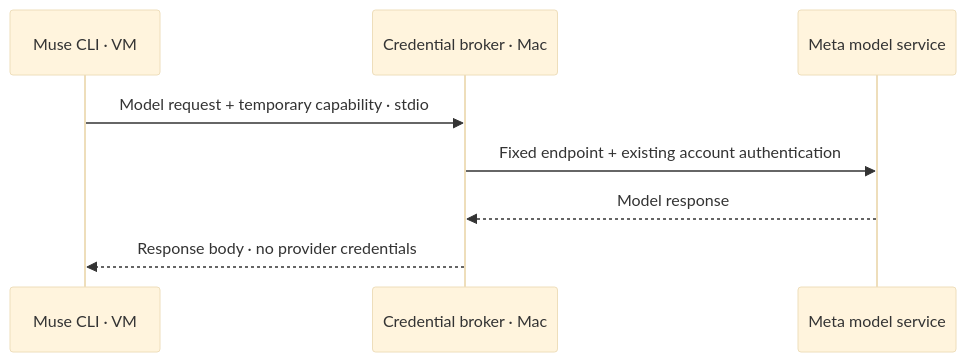
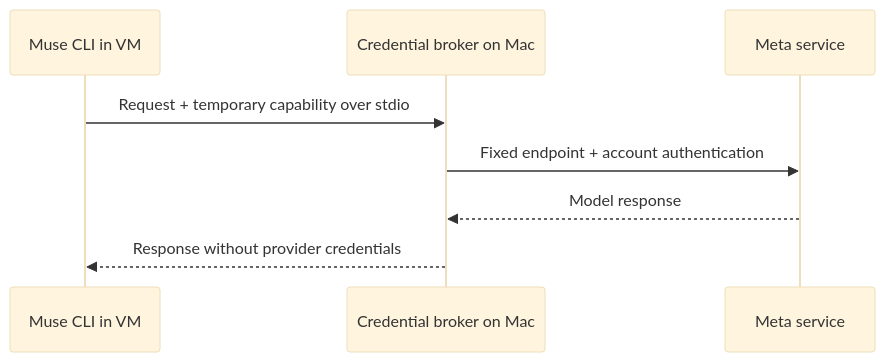
Before and after one commit to minimumeffort-dev/sprowt.harness: the second of 2 diagrams in docs/workers.md, drawn with Mermaid (base theme). The commit also changed other lines of this file and 17 other files, not shown here.

````diff
--- a/docs/workers.md
+++ b/docs/workers.md
@@ -72,10 +96,10 @@
 ```mermaid
 sequenceDiagram
-    participant Muse as Muse CLI · VM
-    participant Broker as Credential broker · Mac
-    participant Meta as Meta model service
-    Muse->>Broker: Model request + temporary capability · stdio
-    Broker->>Meta: Fixed endpoint + existing account authentication
+    participant Muse as Muse CLI in VM
+    participant Broker as Credential broker on Mac
+    participant Meta as Meta service
+    Muse->>Broker: Request + temporary capability over stdio
+    Broker->>Meta: Fixed endpoint + account authentication
     Meta-->>Broker: Model response
-    Broker-->>Muse: Response body · no provider credentials
+    Broker-->>Muse: Response without provider credentials
 ```
````
